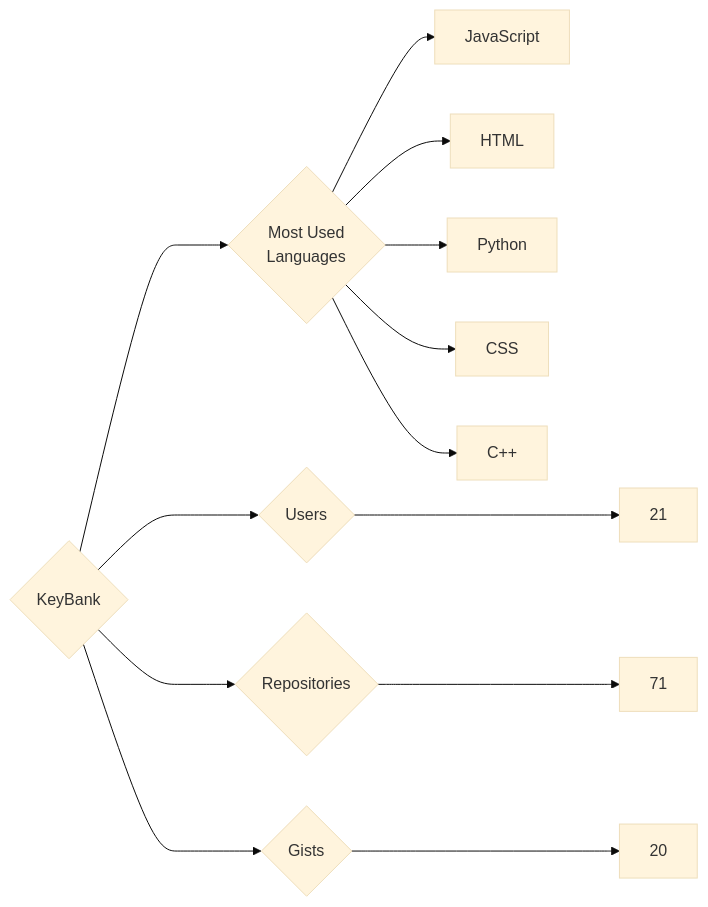
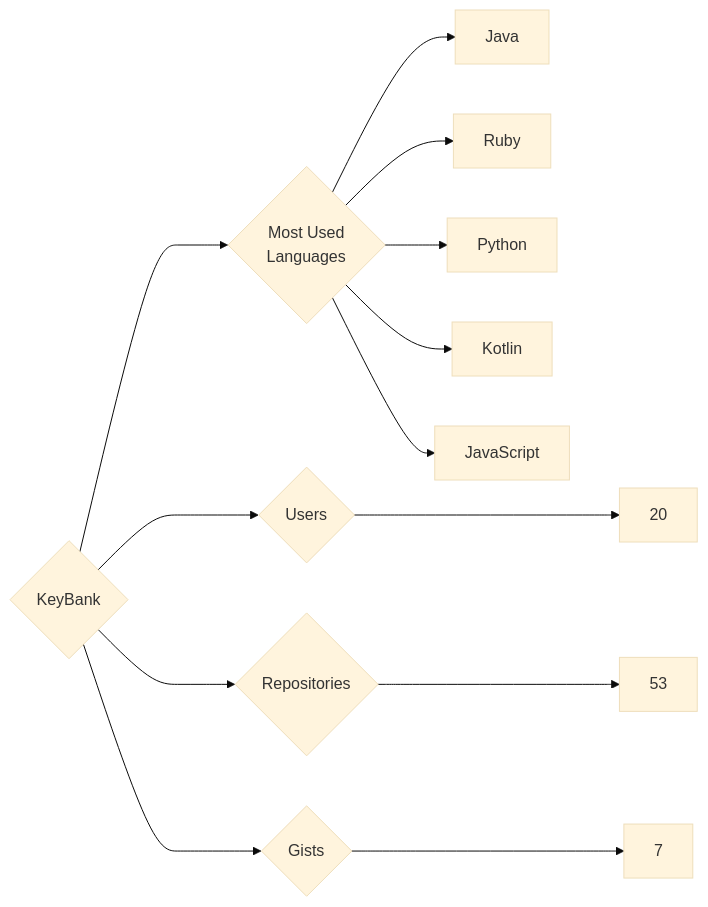
The diagram in targets/KeyBank/README.md (trickest/insiders), drawn with Mermaid (base theme) before and after one commit. The commit also changed 823 other files, not shown here.

````diff
--- a/targets/KeyBank/README.md
+++ b/targets/KeyBank/README.md
@@ -3,13 +3,13 @@
 ```mermaid
 graph LR
 COMPANY_NAME{KeyBank}
-COMPANY_NAME ---> U{Users} ---> UN[21]
-COMPANY_NAME ---> R{Repositories} ---> RN[71]
-COMPANY_NAME ---> G{Gists} ---> GN[20]
+COMPANY_NAME ---> U{Users} ---> UN[20]
+COMPANY_NAME ---> R{Repositories} ---> RN[53]
+COMPANY_NAME ---> G{Gists} ---> GN[7]
 COMPANY_NAME ---> ML{Most Used<br>Languages}
+ML --> Java[Java]
+ML --> Ruby[Ruby]
+ML --> Python[Python]
+ML --> Kotlin[Kotlin]
 ML --> JavaScript[JavaScript]
-ML --> HTML[HTML]
-ML --> Python[Python]
-ML --> CSS[CSS]
-ML --> C++[C++]
 ```
````
